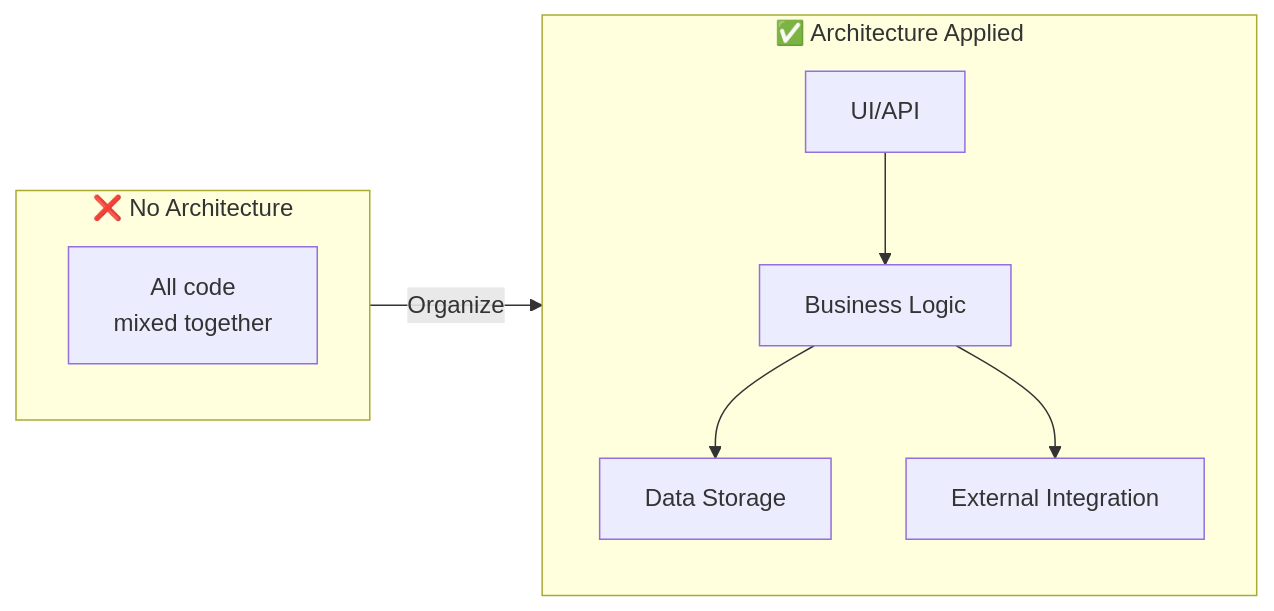
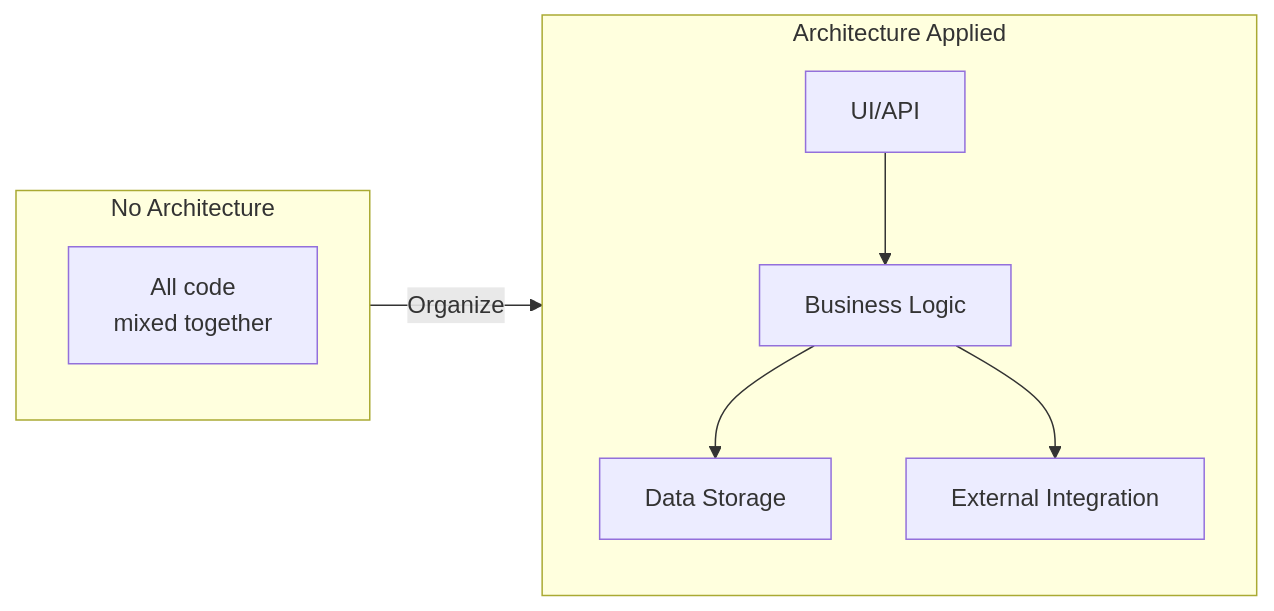
Before and after one commit to advanced-beginner/advanced-beginner.github.io: the first of 4 diagrams in content/en/docs/ddd/concepts/architecture.md, drawn with Mermaid. The commit also changed other lines of this file and 26 other files, not shown here.

````diff
--- a/content/en/docs/ddd/concepts/architecture.md
+++ b/content/en/docs/ddd/concepts/architecture.md
@@ -71,18 +84,18 @@
 ```mermaid
 flowchart LR
-    subgraph Before["❌ No Architecture"]
+    subgraph Before["No Architecture"]
         B1["All code<br>mixed together"]
     end
 
-    subgraph After["✅ Architecture Applied"]
+    subgraph After["Architecture Applied"]
         A1["UI/API"]
         A2["Business Logic"]
         A3["Data Storage"]
         A4["External Integration"]
         A1 --> A2
         A2 --> A3
         A2 --> A4
     end
 
     Before -->|"Organize"| After
 ```
````
